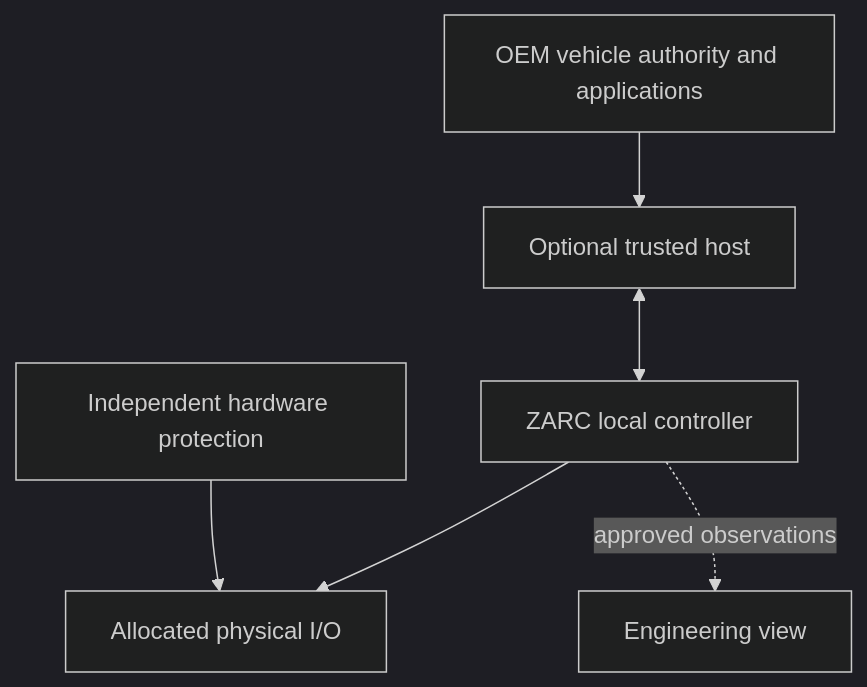
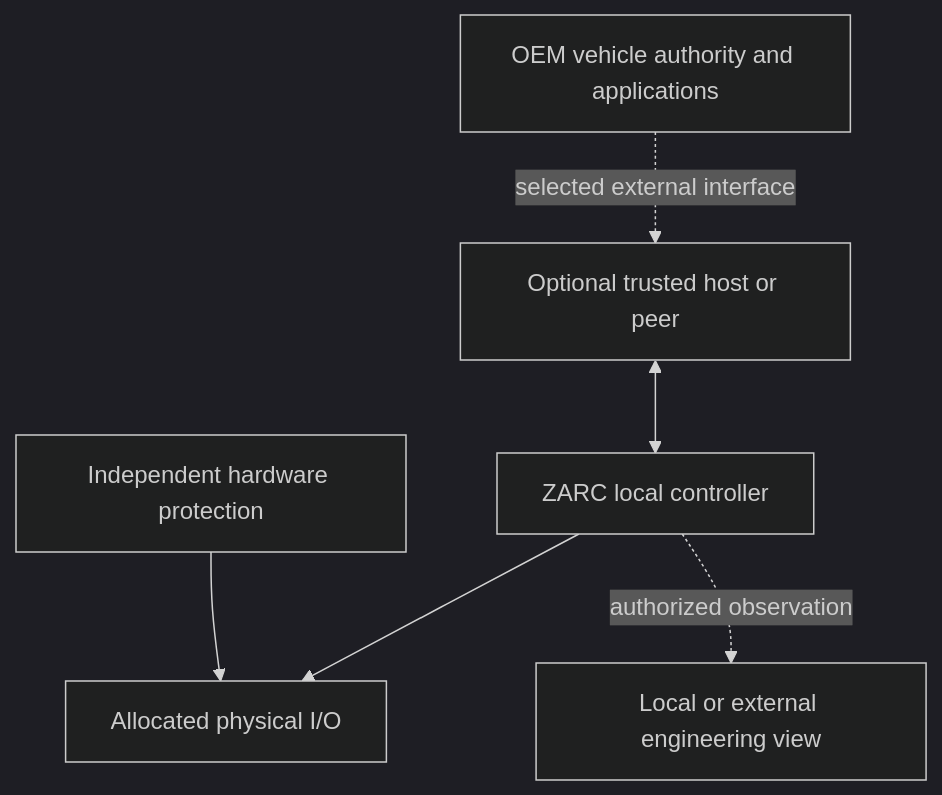
One commit to susmithmrm/ZARC changed the diagram in docs/architecture/diagrams/D01.mmd. Above: the diagram before and after it, drawn with Mermaid (dark theme). The commit also changed 10 other files, not shown here.

Commit message:
Synchronize lifecycle diagrams and public design-phase pages with Z12

```diff
--- a/docs/architecture/diagrams/D01.mmd
+++ b/docs/architecture/diagrams/D01.mmd
@@ -1,6 +1,6 @@
 flowchart TD
-  O[OEM vehicle authority and applications] --> H[Optional trusted host]
+  O[OEM vehicle authority and applications] -. selected external interface .-> H[Optional trusted host or peer]
   H <--> C[ZARC local controller]
   C --> I[Allocated physical I/O]
   P[Independent hardware protection] --> I
-  C -. approved observations .-> V[Engineering view]
+  C -. authorized observation .-> V[Local or external engineering view]
```
